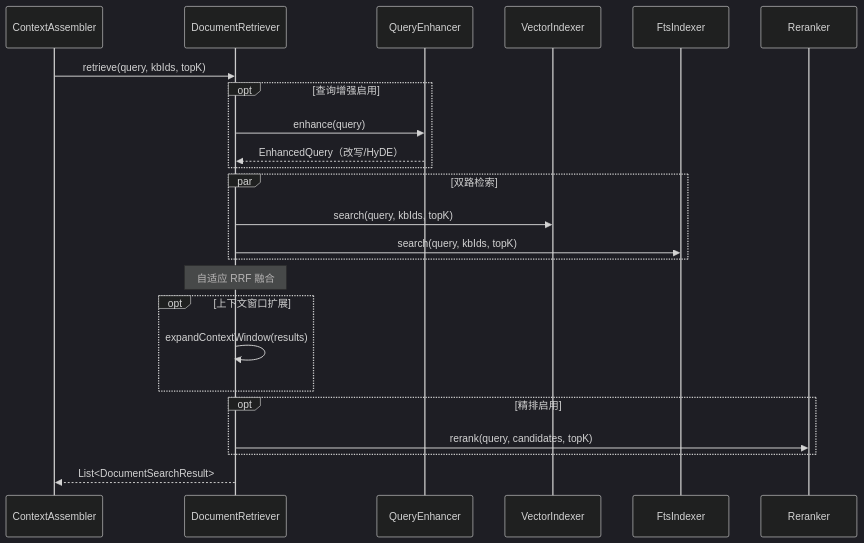
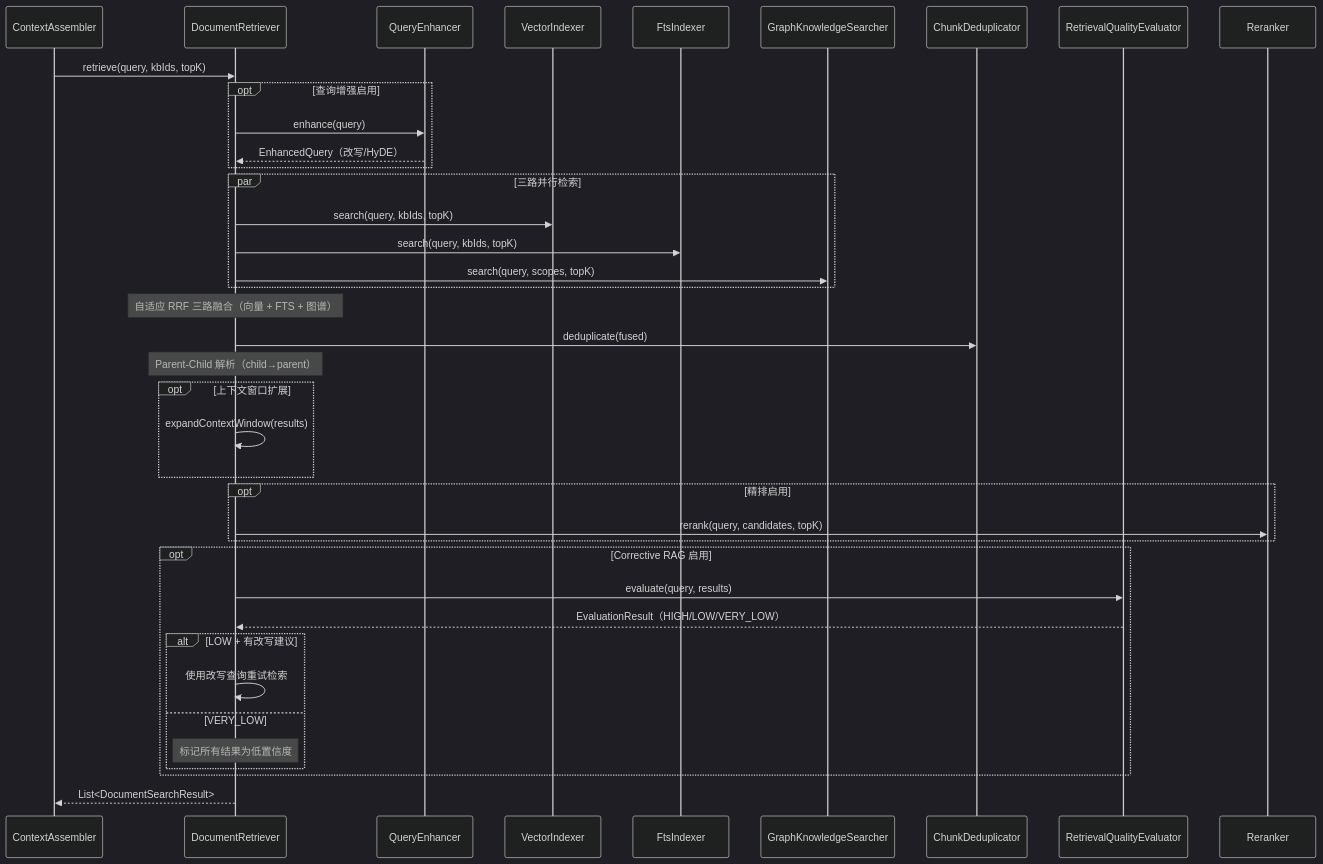
One commit to ntygod/LifePilot changed the third of 4 diagrams in docs/architecture/knowledge-base.md. Above: the diagram before and after it, drawn with Mermaid (dark theme). The commit also changed other lines of this file and 84 other files, not shown here.

````diff
--- a/docs/architecture/knowledge-base.md
+++ b/docs/architecture/knowledge-base.md
@@ -237,33 +279,50 @@
 ```mermaid
 sequenceDiagram
     participant CA as ContextAssembler
     participant DR as DocumentRetriever
     participant QE as QueryEnhancer
     participant VI as VectorIndexer
     participant FI as FtsIndexer
+    participant GS as GraphKnowledgeSearcher
+    participant CD as ChunkDeduplicator
+    participant RQE as RetrievalQualityEvaluator
     participant RR as Reranker
 
     CA->>DR: retrieve(query, kbIds, topK)
 
     opt 查询增强启用
         DR->>QE: enhance(query)
         QE-->>DR: EnhancedQuery（改写/HyDE）
     end
 
-    par 双路检索
+    par 三路并行检索
         DR->>VI: search(query, kbIds, topK)
         DR->>FI: search(query, kbIds, topK)
+        DR->>GS: search(query, scopes, topK)
     end
 
-    Note over DR: 自适应 RRF 融合
+    Note over DR: 自适应 RRF 三路融合（向量 + FTS + 图谱）
+
+    DR->>CD: deduplicate(fused)
+    Note over DR: Parent-Child 解析（child→parent）
 
     opt 上下文窗口扩展
         DR->>DR: expandContextWindow(results)
     end
 
     opt 精排启用
         DR->>RR: rerank(query, candidates, topK)
     end
 
+    opt Corrective RAG 启用
+        DR->>RQE: evaluate(query, results)
+        RQE-->>DR: EvaluationResult（HIGH/LOW/VERY_LOW）
+        alt LOW + 有改写建议
+            DR->>DR: 使用改写查询重试检索
+        else VERY_LOW
+            Note over DR: 标记所有结果为低置信度
+        end
+    end
+
     DR-->>CA: List<DocumentSearchResult>
 ```
````
